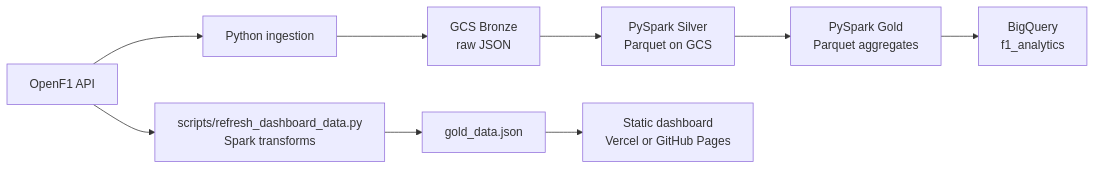
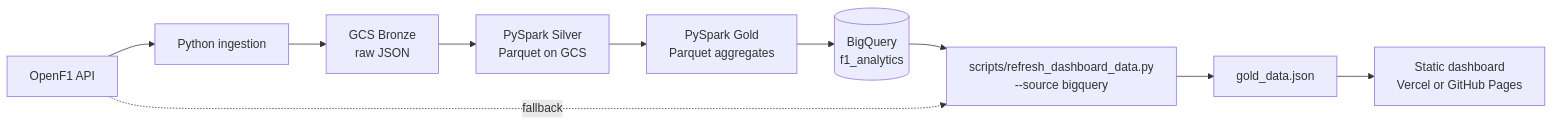
One commit to Neelanshdosi/f1-dashboard changed the diagram in README.md. Above: the diagram before and after it, drawn with Mermaid. The commit also changed other lines of this file and 5 other files, not shown here.

Commit message:
Make dashboard a consumer of BigQuery Gold with --source bigquery

````diff
--- a/README.md
+++ b/README.md
@@ -27,12 +27,13 @@
 ```mermaid
 flowchart LR
   API[OpenF1 API] --> ING[Python ingestion]
   ING --> BRONZE[GCS Bronze<br/>raw JSON]
   BRONZE --> SILVER[PySpark Silver<br/>Parquet on GCS]
   SILVER --> GOLD[PySpark Gold<br/>Parquet aggregates]
-  GOLD --> BQ[BigQuery<br/>f1_analytics]
+  GOLD --> BQ[(BigQuery<br/>f1_analytics)]
 
-  API --> REFRESH[scripts/refresh_dashboard_data.py<br/>Spark transforms]
+  BQ --> REFRESH[scripts/refresh_dashboard_data.py<br/>--source bigquery]
+  API -. fallback .-> REFRESH
   REFRESH --> JSON[gold_data.json]
   JSON --> WEB[Static dashboard<br/>Vercel or GitHub Pages]
 ```
````
